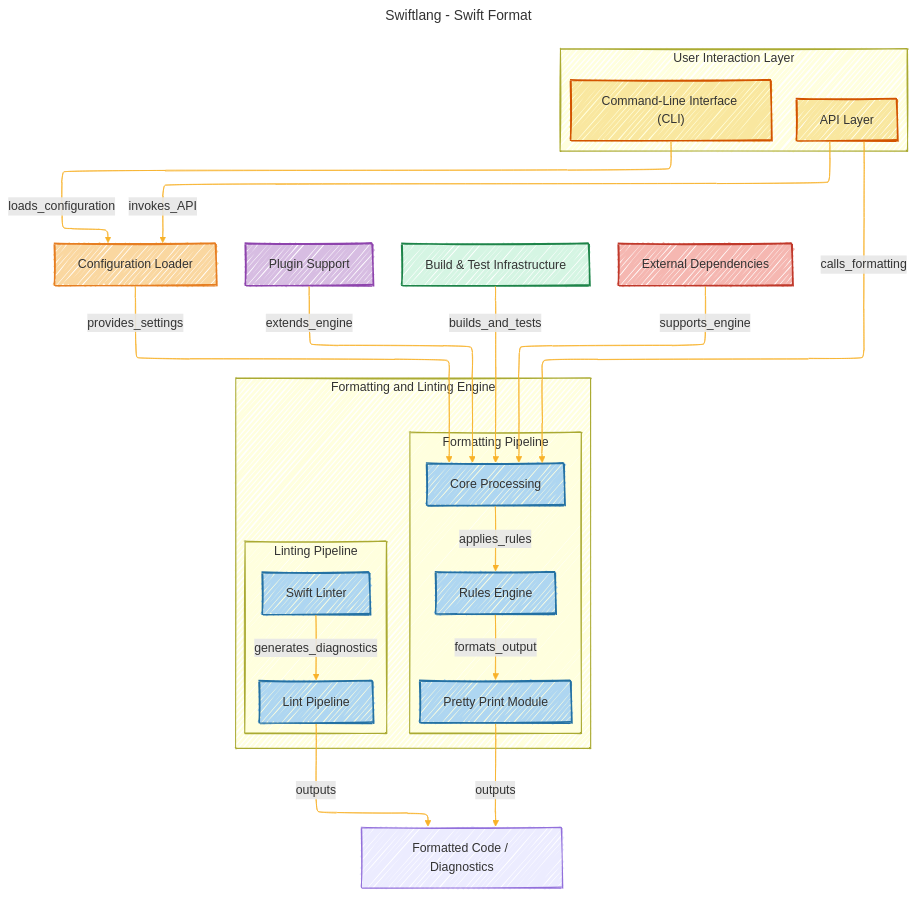
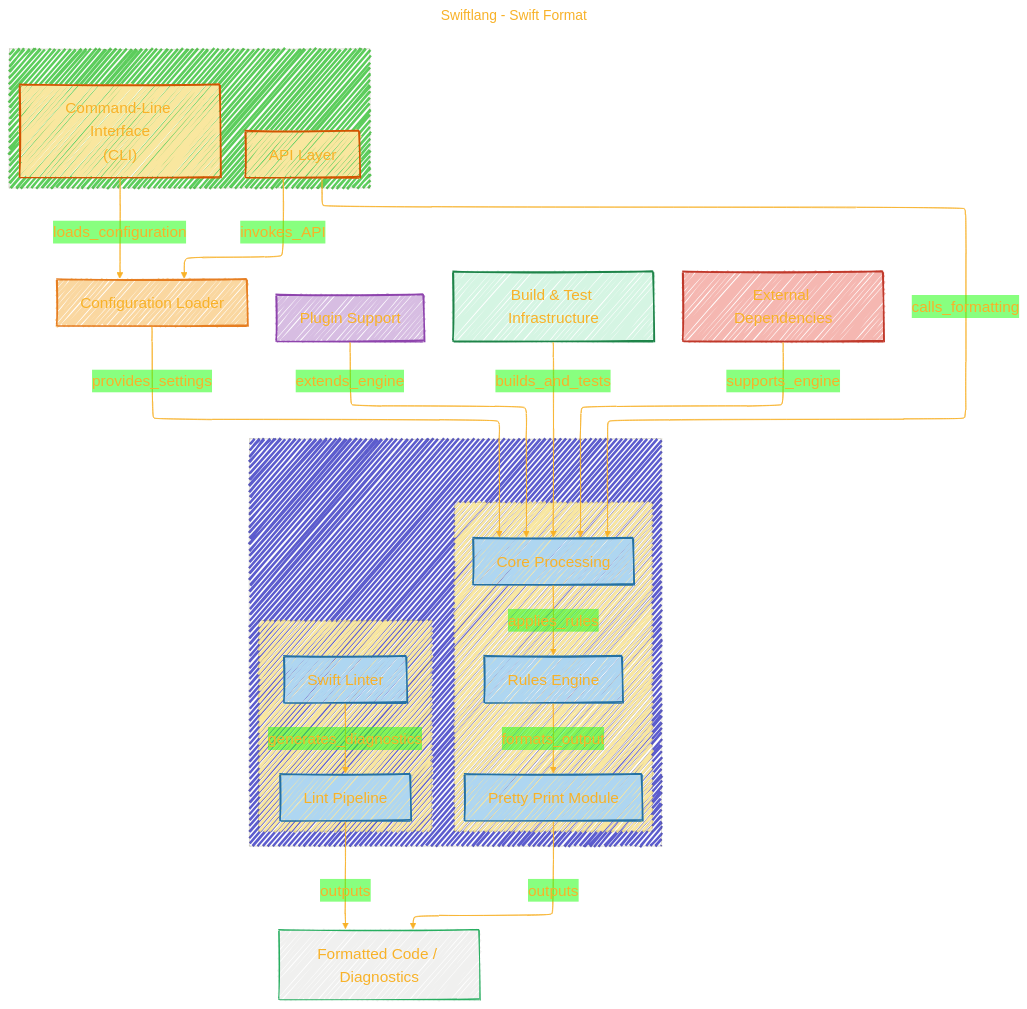
One commit to CongLeSolutionX/iOS-development-vault changed the diagram in Swift_Syntax_Repo/swiftlang_swift-format.md. Above: the diagram before and after it, drawn with Mermaid. The commit also changed other lines of this file, not shown here.

````diff
--- a/Swift_Syntax_Repo/swiftlang_swift-format.md
+++ b/Swift_Syntax_Repo/swiftlang_swift-format.md
@@ -36,31 +36,39 @@
 ```mermaid
 ---
 title: "Swiftlang - Swift Format"
-author: "Cong Le"
-version: "1.0"
-license(s): "MIT, CC BY 4.0"
-copyright: "Copyright (c) 2025 Cong Le. All Rights Reserved."
+author: NA
+version: NA
+license(s): NA
+copyright: NA
 config:
   layout: elk
+  theme: base
   look: handDrawn
-  theme: default
 ---
 %%%%%%%% Mermaid version v11.4.1-b.14
-%%%%%%%% Toggle theme value to `base` to activate the initilization below for the customized theme version.
 %%%%%%%% Available curve styles include the following keywords:
 %% basis, bumpX, bumpY, cardinal, catmullRom, linear, monotoneX, monotoneY, natural, step, stepAfter, stepBefore.
 %%{
   init: {
-    'flowchart': {'htmlLabels': true, 'curve': 'basis' },
-    'fontFamily': 'Fantasy',
+    'flowchart': { 'htmlLabels': true, 'curve': 'basis' },
+    'fontFamily': 'American Typewriter, monospace',
+    'logLevel': 'fatal',
     'themeVariables': {
-      'lineColor': '#F8B229'
+      'primaryColor': '#2211',
+      'primaryTextColor': '#F8B229',
+      'lineColor': '#F8B229',
+      'primaryBorderColor': '#27AE60',
+      'secondaryColor': '#2F11',
+      'secondaryTextColor': '#6C3483',
+      'secondaryBorderColor': '#A569BD',
+      'fontSize': '20px'
     }
   }
 }%%
 flowchart TD
-    subgraph "User Interaction Layer"
-        CLI_Interface["Command-Line Interface (CLI)"]:::user
+    subgraph User_Interaction_Layer["User Interaction Layer"]
+    style User_Interaction_Layer fill:#2B2B,stroke:#5422,stroke-width:1px
+        CLI_Interface["Command-Line Interface<br/>(CLI)"]:::user
         API_Layer["API Layer"]:::user
     end
 
@@ -69,15 +77,18 @@
     CLI_Interface -->|"loads_configuration"| ConfigLoader
     API_Layer -->|"invokes_API"| ConfigLoader
 
-    subgraph "Formatting and Linting Engine"
-        subgraph "Formatting Pipeline"
+    subgraph Formatting_and_Linting_Engine["Formatting and Linting Engine"]
+    style Formatting_and_Linting_Engine fill:#22BB,stroke:#5422,stroke-width:1px
+        subgraph Formatting_Pipeline["Formatting Pipeline"]
+        style Formatting_Pipeline fill:#f9e79f,stroke:#5422,stroke-width:1px
             CoreProcessing["Core Processing"]:::engine
             RulesEngine["Rules Engine"]:::engine
             PrettyPrint["Pretty Print Module"]:::engine
             CoreProcessing -->|"applies_rules"| RulesEngine
             RulesEngine -->|"formats_output"| PrettyPrint
         end
-        subgraph "Linting Pipeline"
+        subgraph Linting_Pipeline["Linting Pipeline"]
+        style Linting_Pipeline fill:#f9e79f,stroke:#5422,stroke-width:1px
             SwiftLinter["Swift Linter"]:::engine
             LintPipeline["Lint Pipeline"]:::engine
             SwiftLinter -->|"generates_diagnostics"| LintPipeline
````
